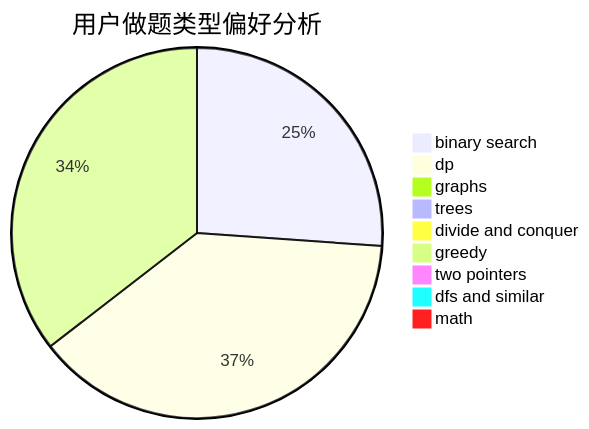
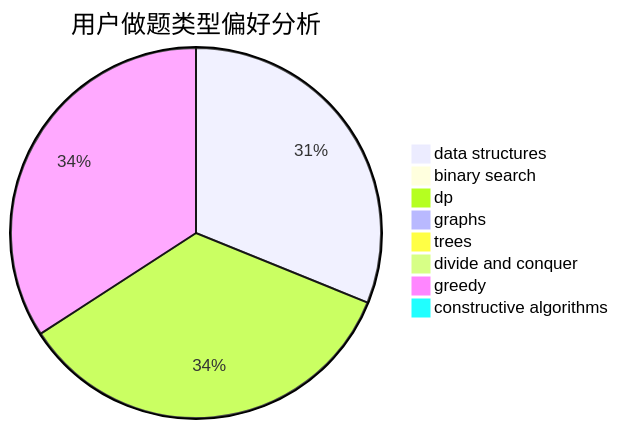
The second of 3 diagrams in docs/user/u482.md (sherpahu/cfrs.github.io), drawn with Mermaid before and after one commit. The commit also changed other lines of this file and 2775 other files, not shown here.

````diff
--- a/docs/user/u482.md
+++ b/docs/user/u482.md
@@ -23,12 +23,11 @@
 ```mermaid
 pie title 用户做题类型偏好分析
-    "binary search" :  285
-    "dp" :  419
-    "graphs" :  9
-    "trees" :  9
+    "data structures" :  340
+    "binary search" :  4
+    "dp" :  379
+    "graphs" :  6
+    "trees" :  2
     "divide and conquer" :  8
-    "greedy" :  387
-    "two pointers" :  0
-    "dfs and similar" :  3
-    "math" :  3
+    "greedy" :  373
+    "constructive algorithms" :  0
 ```
````
